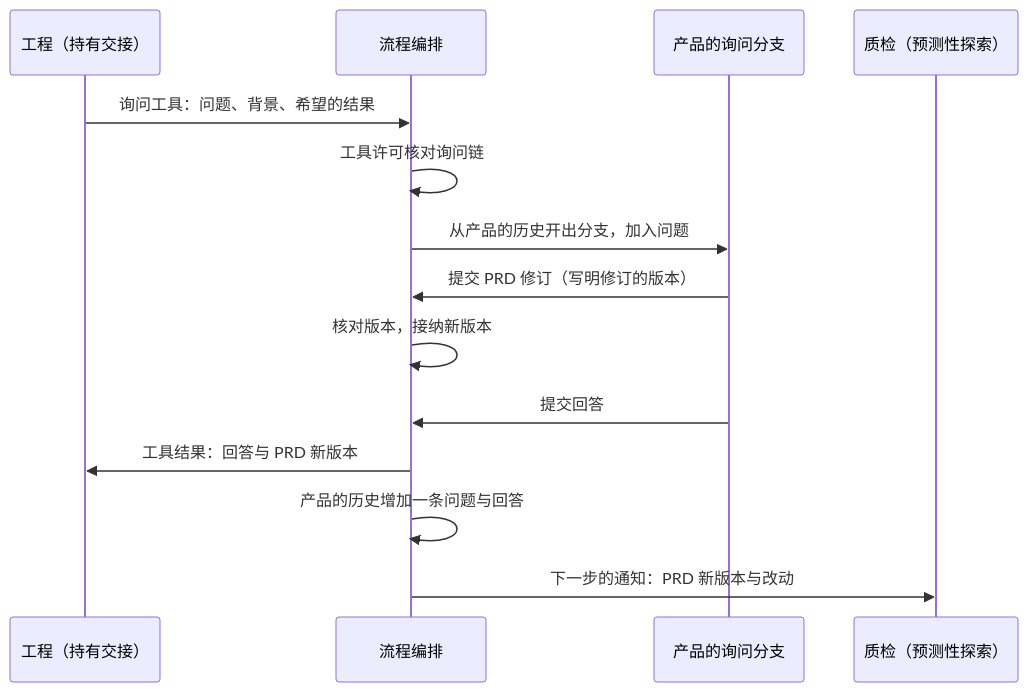
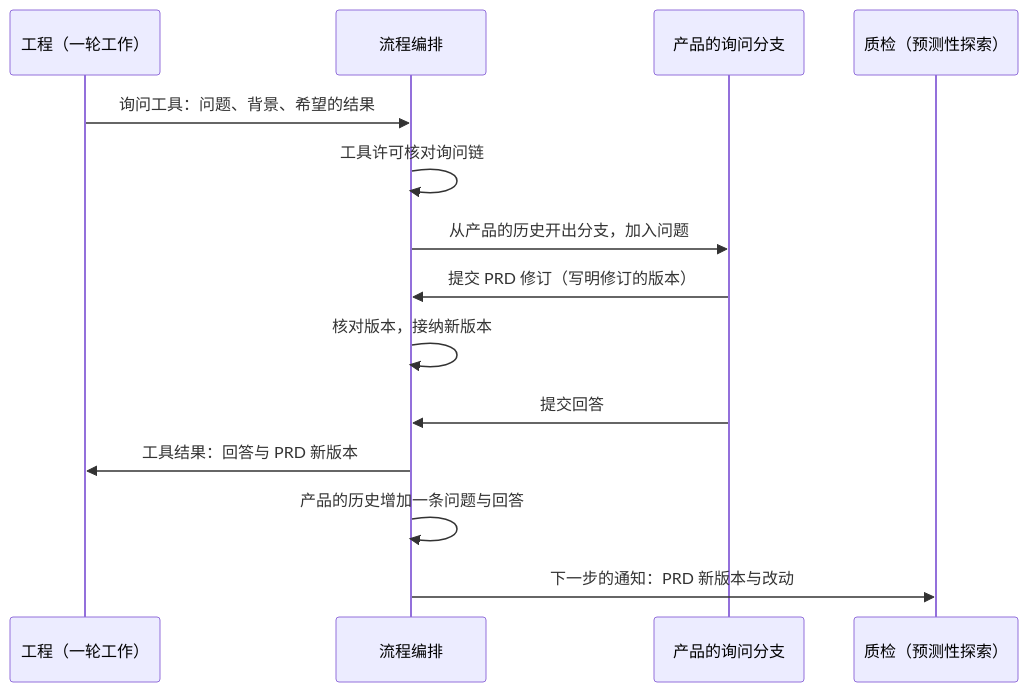
Before and after one commit to bender2333/yudao: the third of 3 diagrams in docs/design/department-loop.md, drawn with Mermaid. The commit also changed other lines of this file and 22 other files, not shown here.

````diff
--- a/docs/design/department-loop.md
+++ b/docs/design/department-loop.md
@@ -144,16 +158,16 @@
 ```mermaid
 sequenceDiagram
-    participant E as 工程（持有交接）
+    participant E as 工程（一轮工作）
     participant O as 流程编排
     participant PB as 产品的询问分支
     participant Q as 质检（预测性探索）
     E->>O: 询问工具：问题、背景、希望的结果
     O->>O: 工具许可核对询问链
     O->>PB: 从产品的历史开出分支，加入问题
     PB->>O: 提交 PRD 修订（写明修订的版本）
     O->>O: 核对版本，接纳新版本
     PB->>O: 提交回答
     O->>E: 工具结果：回答与 PRD 新版本
     O->>O: 产品的历史增加一条问题与回答
     O->>Q: 下一步的通知：PRD 新版本与改动
 ```
````
